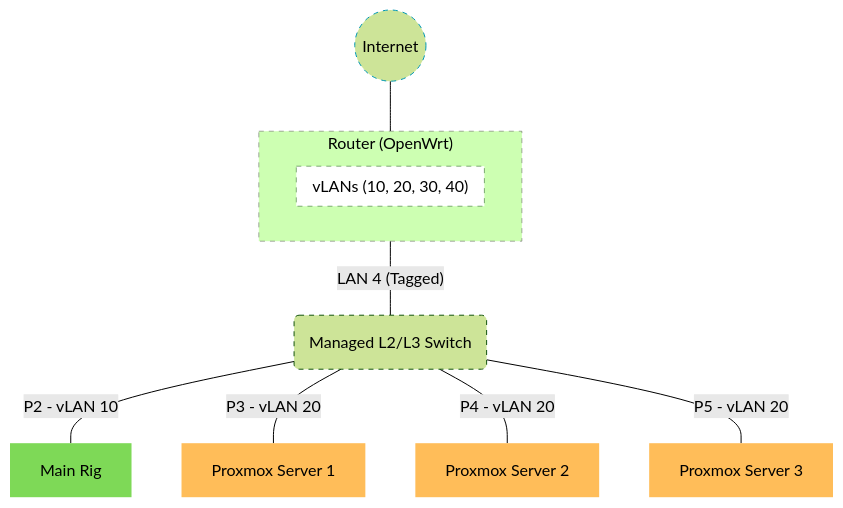
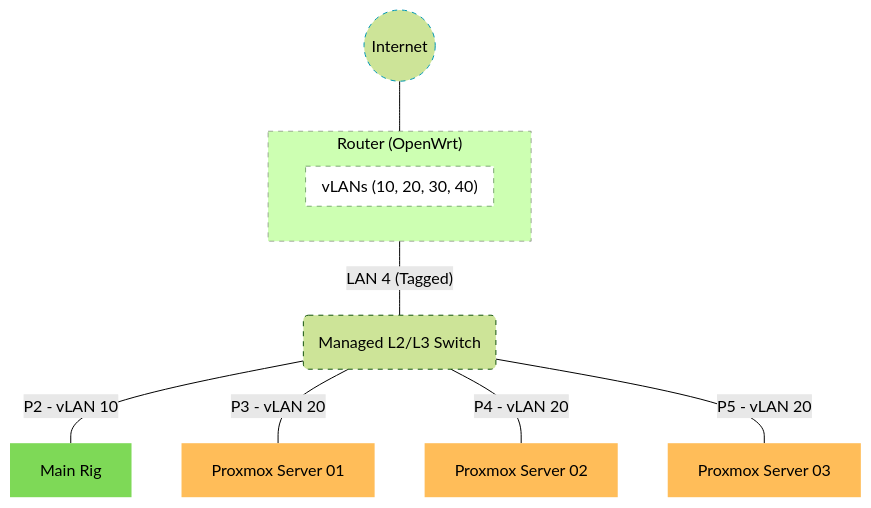
One commit to Kavinraja-G/homelab changed the second of 2 diagrams in README.md. Above: the diagram before and after it, drawn with Mermaid (forest theme). The commit also changed other lines of this file, not shown here.

````diff
--- a/README.md
+++ b/README.md
@@ -26,28 +68,28 @@
 ```mermaid
 flowchart
 	n1["Router"]
 	n1["Router (OpenWrt)"] ---|"LAN 4 (Tagged)"| n2@{ shape: "rounded", label: "Managed L2/L3 Switch" }
 	n2 ---|"P2 - vLAN 10"| n4["Main Rig"]
-	n2 ---|"P3 - vLAN 20"| n5["Proxmox Server 1"]
-	n2 ---|"P4 - vLAN 20"| n6["Proxmox Server 2"]
-	n2 ---|"P5 - vLAN 20"| n7["Proxmox Server 3"]
+	n2 ---|"P3 - vLAN 20"| n5["Proxmox Server 01"]
+	n2 ---|"P4 - vLAN 20"| n6["Proxmox Server 02"]
+	n2 ---|"P5 - vLAN 20"| n7["Proxmox Server 03"]
 	subgraph n1["Router (OpenWrt)"]
 		n8["vLANs (10, 20, 30, 40)"]
 	end
 	subgraph n8["vLANs (10, 20, 30, 40)"]
 	end
 	linkStyle 1 stroke:#000000
 	style n4 fill:#7ED957,stroke-width:0px,stroke:#000000
 	style n5 color:#000000,fill:#FFBD59,stroke-width:0px
 	style n6 color:#000000,fill:#FFBD59,stroke-width:0px
 	style n7 color:#000000,fill:#FFBD59,stroke-width:0px
 	n3@{ shape: "circle", label: "Circle" }
 	n3
 	n3
 	n3
 	n3@{ shape: "circle", label: "Internet" } --- n1
 	style n8 fill:#FFFFFF,stroke-width:0.5px,stroke-dasharray:5 5
 	style n1 color:#000000,stroke:#545454,stroke-width:0.5px,stroke-dasharray:5 5
 	style n2 stroke-width:1px,stroke-dasharray:5 5
 	style n3 color:#000000,stroke-width:1px,stroke:#0097B2,stroke-dasharray:5 5
 ```
````
